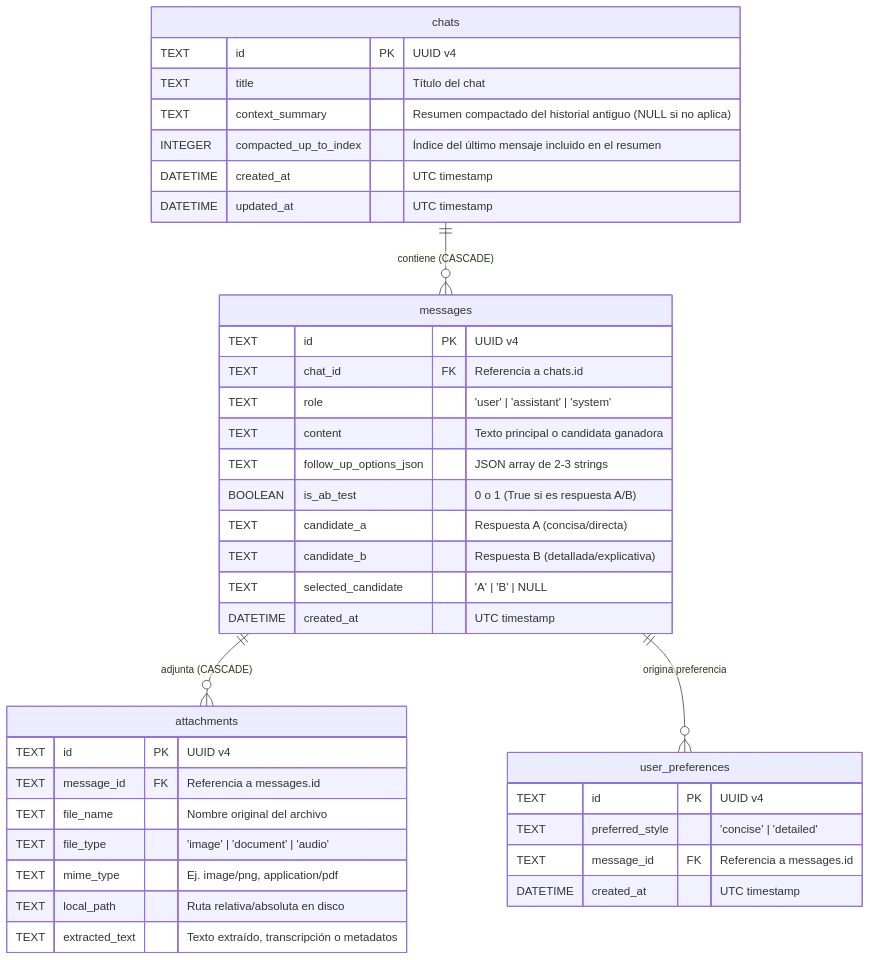
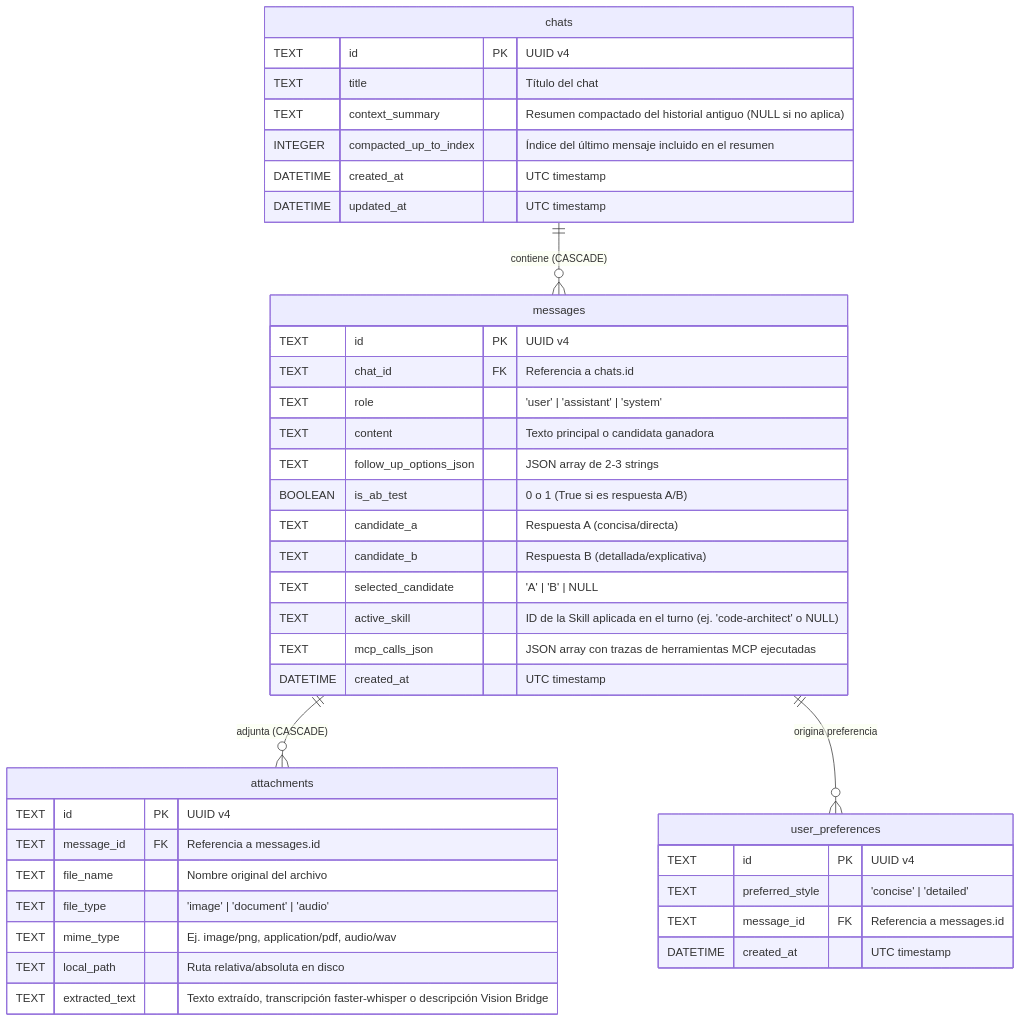
Before and after one commit to MiguelAGutierrezS/proyectoFinalTopicos: the diagram in specs/02-database-and-api.md, drawn with Mermaid. The commit also changed other lines of this file and 22 other files, not shown here.

Commit message:
feat: mcp y skill

````diff
--- a/specs/02-database-and-api.md
+++ b/specs/02-database-and-api.md
@@ -15,45 +16,47 @@
 ```mermaid
 erDiagram
     chats ||--o{ messages : "contiene (CASCADE)"
     messages ||--o{ attachments : "adjunta (CASCADE)"
     messages ||--o{ user_preferences : "origina preferencia"
 
     chats {
         TEXT id PK "UUID v4"
         TEXT title "Título del chat"
         TEXT context_summary "Resumen compactado del historial antiguo (NULL si no aplica)"
         INTEGER compacted_up_to_index "Índice del último mensaje incluido en el resumen"
         DATETIME created_at "UTC timestamp"
         DATETIME updated_at "UTC timestamp"
     }
 
     messages {
         TEXT id PK "UUID v4"
         TEXT chat_id FK "Referencia a chats.id"
         TEXT role "'user' | 'assistant' | 'system'"
         TEXT content "Texto principal o candidata ganadora"
         TEXT follow_up_options_json "JSON array de 2-3 strings"
         BOOLEAN is_ab_test "0 o 1 (True si es respuesta A/B)"
         TEXT candidate_a "Respuesta A (concisa/directa)"
         TEXT candidate_b "Respuesta B (detallada/explicativa)"
         TEXT selected_candidate "'A' | 'B' | NULL"
+        TEXT active_skill "ID de la Skill aplicada en el turno (ej. 'code-architect' o NULL)"
+        TEXT mcp_calls_json "JSON array con trazas de herramientas MCP ejecutadas"
         DATETIME created_at "UTC timestamp"
     }
 
     attachments {
         TEXT id PK "UUID v4"
         TEXT message_id FK "Referencia a messages.id"
         TEXT file_name "Nombre original del archivo"
         TEXT file_type "'image' | 'document' | 'audio'"
-        TEXT mime_type "Ej. image/png, application/pdf"
+        TEXT mime_type "Ej. image/png, application/pdf, audio/wav"
         TEXT local_path "Ruta relativa/absoluta en disco"
-        TEXT extracted_text "Texto extraído, transcripción o metadatos"
+        TEXT extracted_text "Texto extraído, transcripción faster-whisper o descripción Vision Bridge"
     }
 
     user_preferences {
         TEXT id PK "UUID v4"
         TEXT preferred_style "'concise' | 'detailed'"
         TEXT message_id FK "Referencia a messages.id"
         DATETIME created_at "UTC timestamp"
     }
 ```
````
